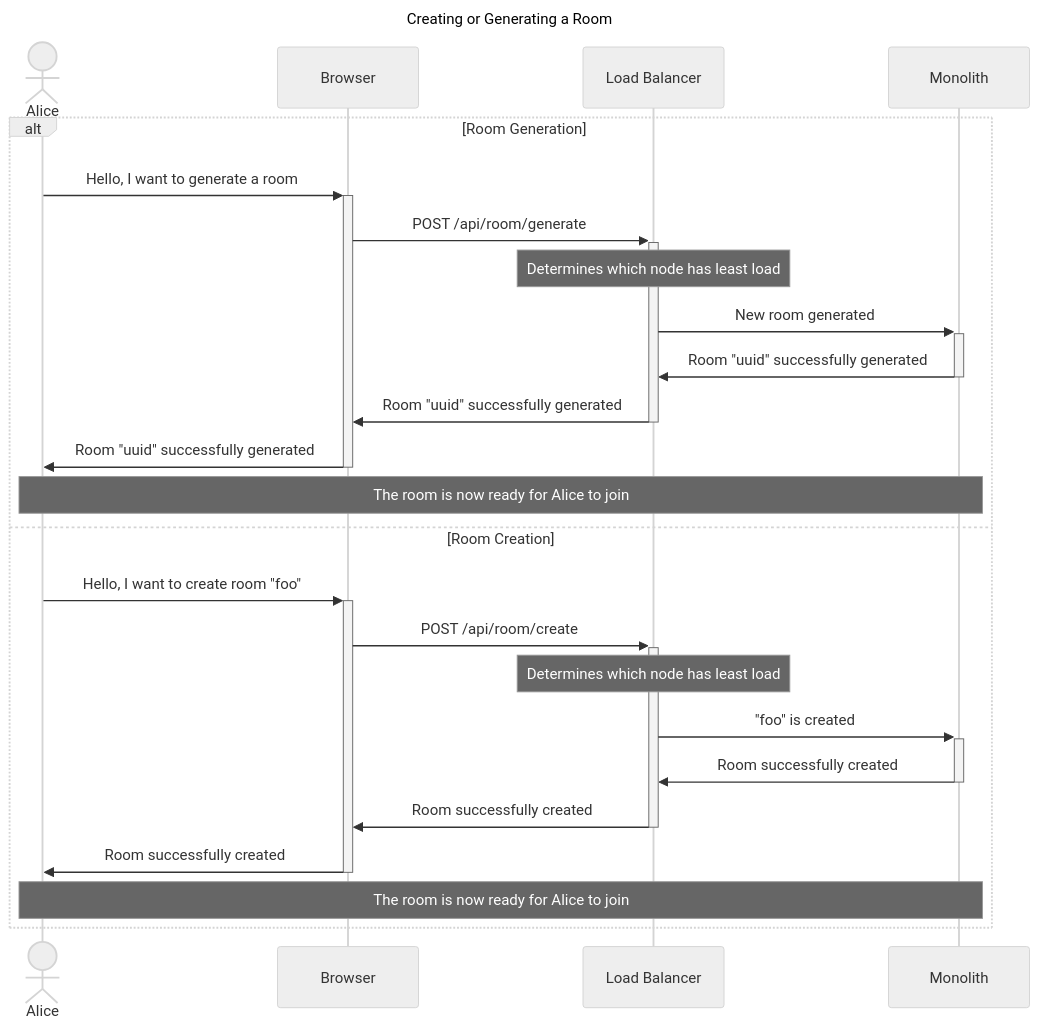
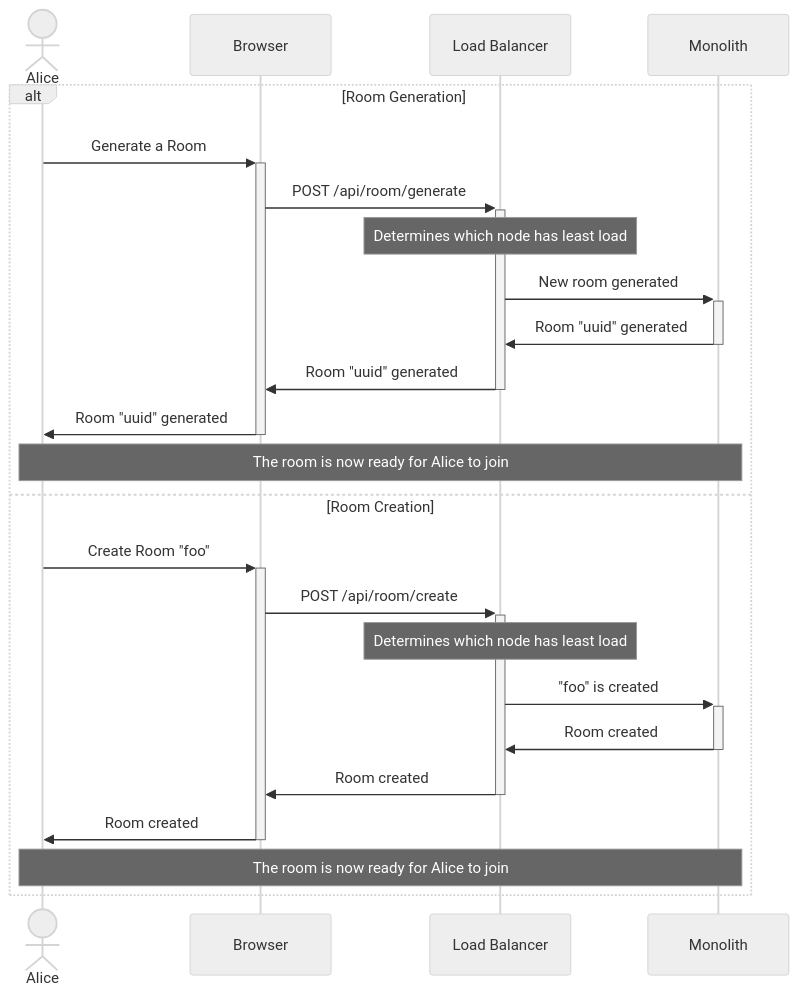
The diagram in figures/create-room-diag.mmd (dyc3/senior-design), drawn with Mermaid (neutral theme) before and after one commit. The commit also changed 11 other files, not shown here.

First line of the commit message:
Improve diagram readability (#149)

```diff
--- a/figures/create-room-diag.mmd
+++ b/figures/create-room-diag.mmd
@@ -1,27 +1,24 @@
----
-title: Creating or Generating a Room
----
 sequenceDiagram
     actor Alice
     participant OTT as Browser
     participant L as Load Balancer
     participant N as Monolith
     alt Room Generation
-    Alice->>+OTT: Hello, I want to generate a room
+    Alice->>+OTT: Generate a Room
     OTT->>+L: POST /api/room/generate
     Note over L: Determines which node has least load
     L->>+N: New room generated
-    N->>-L: Room "uuid" successfully generated
-    L->>-OTT: Room "uuid" successfully generated
-    OTT->>-Alice: Room "uuid" successfully generated
+    N->>-L: Room "uuid" generated
+    L->>-OTT: Room "uuid" generated
+    OTT->>-Alice: Room "uuid" generated
     Note over Alice,N: The room is now ready for Alice to join
     else Room Creation
-    Alice->>+OTT: Hello, I want to create room "foo"
+    Alice->>+OTT: Create Room "foo"
     OTT->>+L: POST /api/room/create
     Note over L: Determines which node has least load
     L->>+N: "foo" is created
-    N->>-L: Room successfully created
-    L->>-OTT: Room successfully created
-    OTT->>-Alice: Room successfully created
+    N->>-L: Room created
+    L->>-OTT: Room created
+    OTT->>-Alice: Room created
     Note over Alice,N: The room is now ready for Alice to join
     end
```
